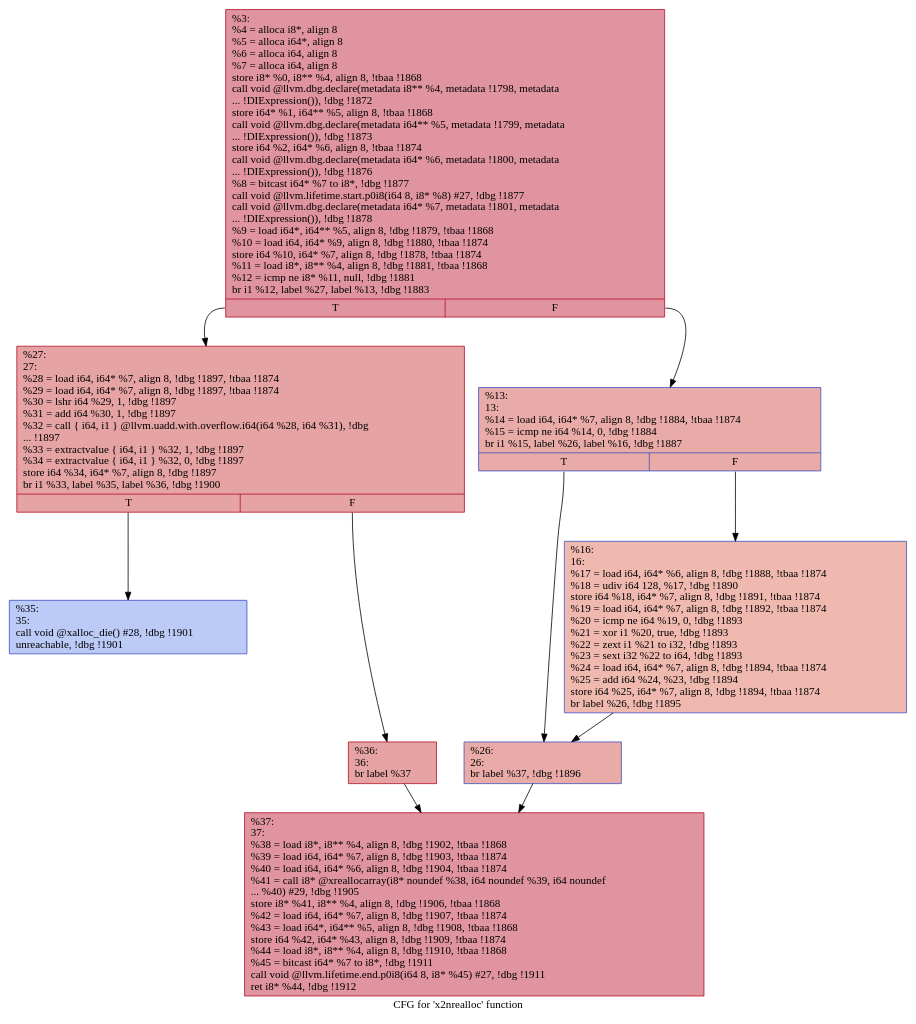
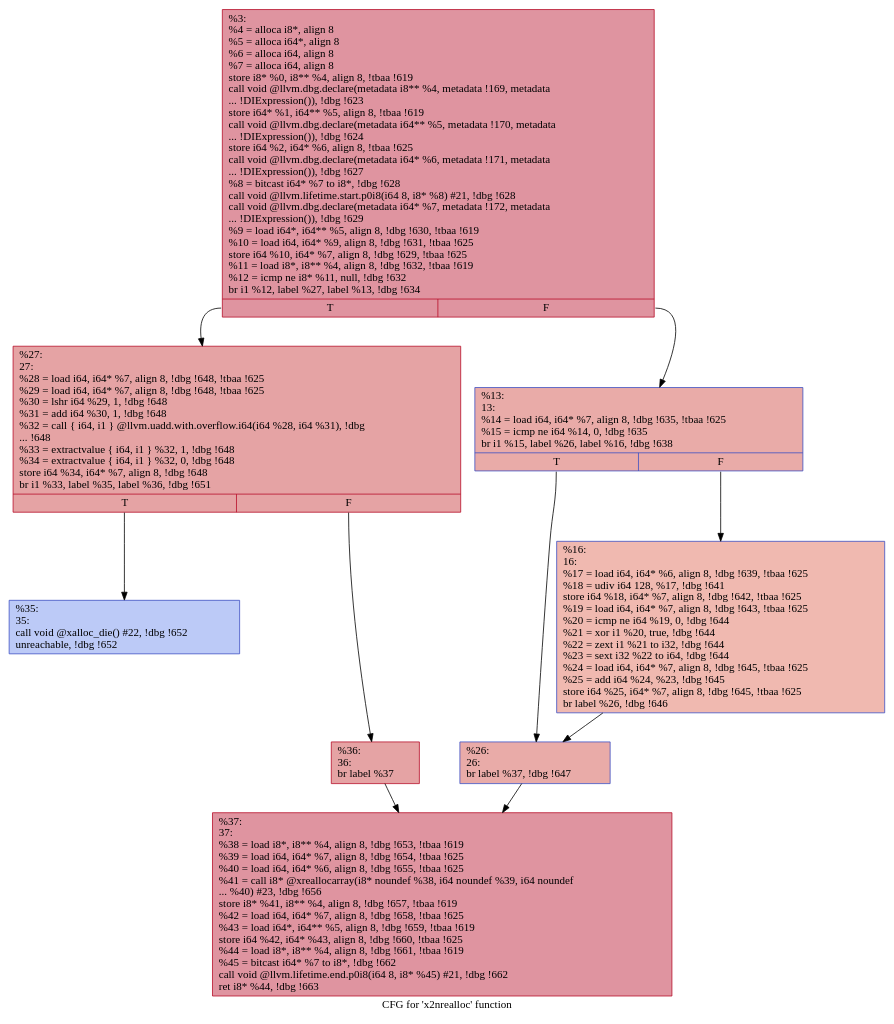
Before and after one commit to hmc-alpaqa/metrinome: the diagram in src/experiments/coreutils/.x2nrealloc.dot, drawn with Graphviz. The commit also changed 490 other files, not shown here.

Commit message:
success graph simplifying on true.bc

```diff
--- a/src/experiments/coreutils/.x2nrealloc.dot
+++ b/src/experiments/coreutils/.x2nrealloc.dot
@@ -1,21 +1,21 @@
 digraph "CFG for 'x2nrealloc' function" {
 	label="CFG for 'x2nrealloc' function";
 
-	Node0xdbc2f0 [shape=record,color="#b70d28ff", style=filled, fillcolor="#b70d2870",label="{%3:\l  %4 = alloca i8*, align 8\l  %5 = alloca i64*, align 8\l  %6 = alloca i64, align 8\l  %7 = alloca i64, align 8\l  store i8* %0, i8** %4, align 8, !tbaa !1868\l  call void @llvm.dbg.declare(metadata i8** %4, metadata !1798, metadata\l... !DIExpression()), !dbg !1872\l  store i64* %1, i64** %5, align 8, !tbaa !1868\l  call void @llvm.dbg.declare(metadata i64** %5, metadata !1799, metadata\l... !DIExpression()), !dbg !1873\l  store i64 %2, i64* %6, align 8, !tbaa !1874\l  call void @llvm.dbg.declare(metadata i64* %6, metadata !1800, metadata\l... !DIExpression()), !dbg !1876\l  %8 = bitcast i64* %7 to i8*, !dbg !1877\l  call void @llvm.lifetime.start.p0i8(i64 8, i8* %8) #27, !dbg !1877\l  call void @llvm.dbg.declare(metadata i64* %7, metadata !1801, metadata\l... !DIExpression()), !dbg !1878\l  %9 = load i64*, i64** %5, align 8, !dbg !1879, !tbaa !1868\l  %10 = load i64, i64* %9, align 8, !dbg !1880, !tbaa !1874\l  store i64 %10, i64* %7, align 8, !dbg !1878, !tbaa !1874\l  %11 = load i8*, i8** %4, align 8, !dbg !1881, !tbaa !1868\l  %12 = icmp ne i8* %11, null, !dbg !1881\l  br i1 %12, label %27, label %13, !dbg !1883\l|{<s0>T|<s1>F}}"];
-	Node0xdbc2f0:s0 -> Node0xdbc430;
-	Node0xdbc2f0:s1 -> Node0xdbc340;
-	Node0xdbc340 [shape=record,color="#3d50c3ff", style=filled, fillcolor="#cc403a70",label="{%13:\l13:                                               \l  %14 = load i64, i64* %7, align 8, !dbg !1884, !tbaa !1874\l  %15 = icmp ne i64 %14, 0, !dbg !1884\l  br i1 %15, label %26, label %16, !dbg !1887\l|{<s0>T|<s1>F}}"];
-	Node0xdbc340:s0 -> Node0xdbc3e0;
-	Node0xdbc340:s1 -> Node0xdbc390;
-	Node0xdbc390 [shape=record,color="#3d50c3ff", style=filled, fillcolor="#de614d70",label="{%16:\l16:                                               \l  %17 = load i64, i64* %6, align 8, !dbg !1888, !tbaa !1874\l  %18 = udiv i64 128, %17, !dbg !1890\l  store i64 %18, i64* %7, align 8, !dbg !1891, !tbaa !1874\l  %19 = load i64, i64* %7, align 8, !dbg !1892, !tbaa !1874\l  %20 = icmp ne i64 %19, 0, !dbg !1893\l  %21 = xor i1 %20, true, !dbg !1893\l  %22 = zext i1 %21 to i32, !dbg !1893\l  %23 = sext i32 %22 to i64, !dbg !1893\l  %24 = load i64, i64* %7, align 8, !dbg !1894, !tbaa !1874\l  %25 = add i64 %24, %23, !dbg !1894\l  store i64 %25, i64* %7, align 8, !dbg !1894, !tbaa !1874\l  br label %26, !dbg !1895\l}"];
-	Node0xdbc390 -> Node0xdbc3e0;
-	Node0xdbc3e0 [shape=record,color="#3d50c3ff", style=filled, fillcolor="#cc403a70",label="{%26:\l26:                                               \l  br label %37, !dbg !1896\l}"];
-	Node0xdbc3e0 -> Node0xdbc520;
-	Node0xdbc430 [shape=record,color="#b70d28ff", style=filled, fillcolor="#c32e3170",label="{%27:\l27:                                               \l  %28 = load i64, i64* %7, align 8, !dbg !1897, !tbaa !1874\l  %29 = load i64, i64* %7, align 8, !dbg !1897, !tbaa !1874\l  %30 = lshr i64 %29, 1, !dbg !1897\l  %31 = add i64 %30, 1, !dbg !1897\l  %32 = call \{ i64, i1 \} @llvm.uadd.with.overflow.i64(i64 %28, i64 %31), !dbg\l... !1897\l  %33 = extractvalue \{ i64, i1 \} %32, 1, !dbg !1897\l  %34 = extractvalue \{ i64, i1 \} %32, 0, !dbg !1897\l  store i64 %34, i64* %7, align 8, !dbg !1897\l  br i1 %33, label %35, label %36, !dbg !1900\l|{<s0>T|<s1>F}}"];
-	Node0xdbc430:s0 -> Node0xdbc480;
-	Node0xdbc430:s1 -> Node0xdbc4d0;
-	Node0xdbc480 [shape=record,color="#3d50c3ff", style=filled, fillcolor="#6687ed70",label="{%35:\l35:                                               \l  call void @xalloc_die() #28, !dbg !1901\l  unreachable, !dbg !1901\l}"];
-	Node0xdbc4d0 [shape=record,color="#b70d28ff", style=filled, fillcolor="#c32e3170",label="{%36:\l36:                                               \l  br label %37\l}"];
-	Node0xdbc4d0 -> Node0xdbc520;
-	Node0xdbc520 [shape=record,color="#b70d28ff", style=filled, fillcolor="#b70d2870",label="{%37:\l37:                                               \l  %38 = load i8*, i8** %4, align 8, !dbg !1902, !tbaa !1868\l  %39 = load i64, i64* %7, align 8, !dbg !1903, !tbaa !1874\l  %40 = load i64, i64* %6, align 8, !dbg !1904, !tbaa !1874\l  %41 = call i8* @xreallocarray(i8* noundef %38, i64 noundef %39, i64 noundef\l... %40) #29, !dbg !1905\l  store i8* %41, i8** %4, align 8, !dbg !1906, !tbaa !1868\l  %42 = load i64, i64* %7, align 8, !dbg !1907, !tbaa !1874\l  %43 = load i64*, i64** %5, align 8, !dbg !1908, !tbaa !1868\l  store i64 %42, i64* %43, align 8, !dbg !1909, !tbaa !1874\l  %44 = load i8*, i8** %4, align 8, !dbg !1910, !tbaa !1868\l  %45 = bitcast i64* %7 to i8*, !dbg !1911\l  call void @llvm.lifetime.end.p0i8(i64 8, i8* %45) #27, !dbg !1911\l  ret i8* %44, !dbg !1912\l}"];
+	Node0x1d64c70 [shape=record,color="#b70d28ff", style=filled, fillcolor="#b70d2870",label="{%3:\l  %4 = alloca i8*, align 8\l  %5 = alloca i64*, align 8\l  %6 = alloca i64, align 8\l  %7 = alloca i64, align 8\l  store i8* %0, i8** %4, align 8, !tbaa !619\l  call void @llvm.dbg.declare(metadata i8** %4, metadata !169, metadata\l... !DIExpression()), !dbg !623\l  store i64* %1, i64** %5, align 8, !tbaa !619\l  call void @llvm.dbg.declare(metadata i64** %5, metadata !170, metadata\l... !DIExpression()), !dbg !624\l  store i64 %2, i64* %6, align 8, !tbaa !625\l  call void @llvm.dbg.declare(metadata i64* %6, metadata !171, metadata\l... !DIExpression()), !dbg !627\l  %8 = bitcast i64* %7 to i8*, !dbg !628\l  call void @llvm.lifetime.start.p0i8(i64 8, i8* %8) #21, !dbg !628\l  call void @llvm.dbg.declare(metadata i64* %7, metadata !172, metadata\l... !DIExpression()), !dbg !629\l  %9 = load i64*, i64** %5, align 8, !dbg !630, !tbaa !619\l  %10 = load i64, i64* %9, align 8, !dbg !631, !tbaa !625\l  store i64 %10, i64* %7, align 8, !dbg !629, !tbaa !625\l  %11 = load i8*, i8** %4, align 8, !dbg !632, !tbaa !619\l  %12 = icmp ne i8* %11, null, !dbg !632\l  br i1 %12, label %27, label %13, !dbg !634\l|{<s0>T|<s1>F}}"];
+	Node0x1d64c70:s0 -> Node0x1d64db0;
+	Node0x1d64c70:s1 -> Node0x1d64cc0;
+	Node0x1d64cc0 [shape=record,color="#3d50c3ff", style=filled, fillcolor="#cc403a70",label="{%13:\l13:                                               \l  %14 = load i64, i64* %7, align 8, !dbg !635, !tbaa !625\l  %15 = icmp ne i64 %14, 0, !dbg !635\l  br i1 %15, label %26, label %16, !dbg !638\l|{<s0>T|<s1>F}}"];
+	Node0x1d64cc0:s0 -> Node0x1d64d60;
+	Node0x1d64cc0:s1 -> Node0x1d64d10;
+	Node0x1d64d10 [shape=record,color="#3d50c3ff", style=filled, fillcolor="#de614d70",label="{%16:\l16:                                               \l  %17 = load i64, i64* %6, align 8, !dbg !639, !tbaa !625\l  %18 = udiv i64 128, %17, !dbg !641\l  store i64 %18, i64* %7, align 8, !dbg !642, !tbaa !625\l  %19 = load i64, i64* %7, align 8, !dbg !643, !tbaa !625\l  %20 = icmp ne i64 %19, 0, !dbg !644\l  %21 = xor i1 %20, true, !dbg !644\l  %22 = zext i1 %21 to i32, !dbg !644\l  %23 = sext i32 %22 to i64, !dbg !644\l  %24 = load i64, i64* %7, align 8, !dbg !645, !tbaa !625\l  %25 = add i64 %24, %23, !dbg !645\l  store i64 %25, i64* %7, align 8, !dbg !645, !tbaa !625\l  br label %26, !dbg !646\l}"];
+	Node0x1d64d10 -> Node0x1d64d60;
+	Node0x1d64d60 [shape=record,color="#3d50c3ff", style=filled, fillcolor="#cc403a70",label="{%26:\l26:                                               \l  br label %37, !dbg !647\l}"];
+	Node0x1d64d60 -> Node0x1d64ea0;
+	Node0x1d64db0 [shape=record,color="#b70d28ff", style=filled, fillcolor="#c32e3170",label="{%27:\l27:                                               \l  %28 = load i64, i64* %7, align 8, !dbg !648, !tbaa !625\l  %29 = load i64, i64* %7, align 8, !dbg !648, !tbaa !625\l  %30 = lshr i64 %29, 1, !dbg !648\l  %31 = add i64 %30, 1, !dbg !648\l  %32 = call \{ i64, i1 \} @llvm.uadd.with.overflow.i64(i64 %28, i64 %31), !dbg\l... !648\l  %33 = extractvalue \{ i64, i1 \} %32, 1, !dbg !648\l  %34 = extractvalue \{ i64, i1 \} %32, 0, !dbg !648\l  store i64 %34, i64* %7, align 8, !dbg !648\l  br i1 %33, label %35, label %36, !dbg !651\l|{<s0>T|<s1>F}}"];
+	Node0x1d64db0:s0 -> Node0x1d64e00;
+	Node0x1d64db0:s1 -> Node0x1d64e50;
+	Node0x1d64e00 [shape=record,color="#3d50c3ff", style=filled, fillcolor="#6687ed70",label="{%35:\l35:                                               \l  call void @xalloc_die() #22, !dbg !652\l  unreachable, !dbg !652\l}"];
+	Node0x1d64e50 [shape=record,color="#b70d28ff", style=filled, fillcolor="#c32e3170",label="{%36:\l36:                                               \l  br label %37\l}"];
+	Node0x1d64e50 -> Node0x1d64ea0;
+	Node0x1d64ea0 [shape=record,color="#b70d28ff", style=filled, fillcolor="#b70d2870",label="{%37:\l37:                                               \l  %38 = load i8*, i8** %4, align 8, !dbg !653, !tbaa !619\l  %39 = load i64, i64* %7, align 8, !dbg !654, !tbaa !625\l  %40 = load i64, i64* %6, align 8, !dbg !655, !tbaa !625\l  %41 = call i8* @xreallocarray(i8* noundef %38, i64 noundef %39, i64 noundef\l... %40) #23, !dbg !656\l  store i8* %41, i8** %4, align 8, !dbg !657, !tbaa !619\l  %42 = load i64, i64* %7, align 8, !dbg !658, !tbaa !625\l  %43 = load i64*, i64** %5, align 8, !dbg !659, !tbaa !619\l  store i64 %42, i64* %43, align 8, !dbg !660, !tbaa !625\l  %44 = load i8*, i8** %4, align 8, !dbg !661, !tbaa !619\l  %45 = bitcast i64* %7 to i8*, !dbg !662\l  call void @llvm.lifetime.end.p0i8(i64 8, i8* %45) #21, !dbg !662\l  ret i8* %44, !dbg !663\l}"];
 }
```
